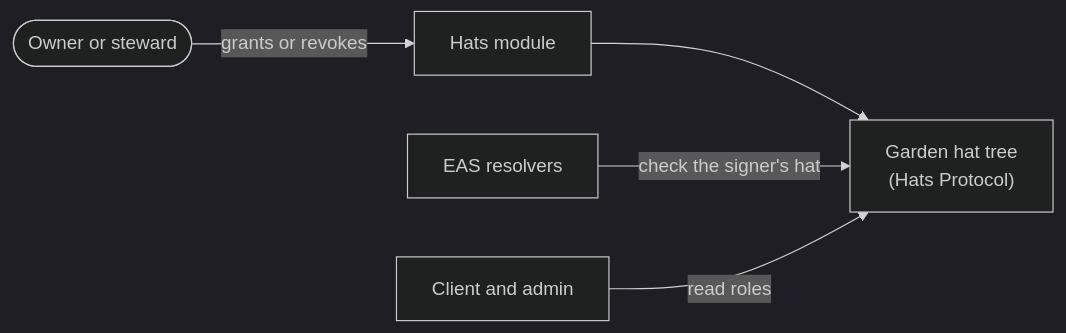
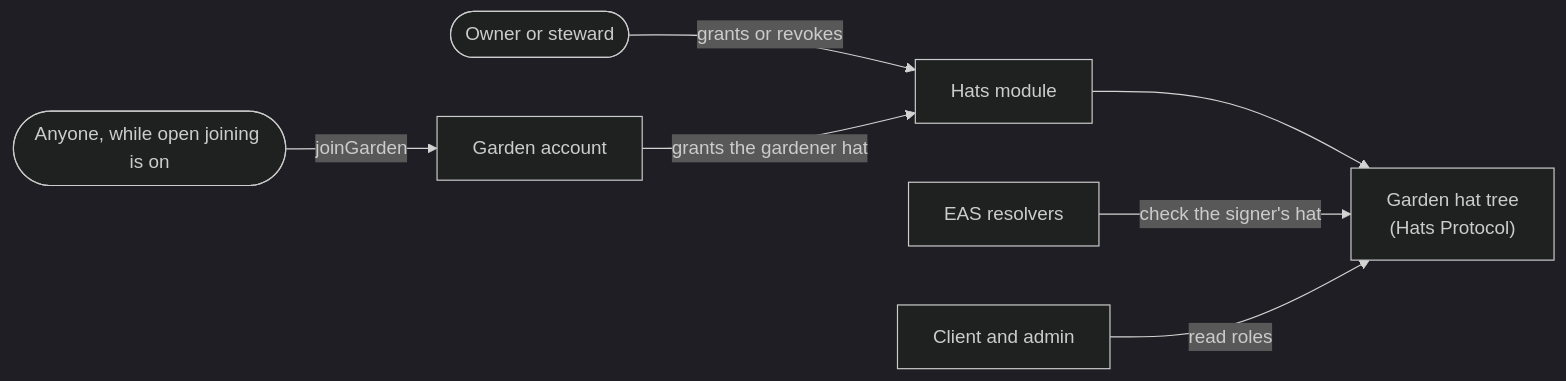
The diagram in docs/docs/builders/integrations/hats.mdx (greenpill-dev-guild/green-goods), drawn with Mermaid (dark theme) before and after one commit. The commit also changed other lines of this file and 21 other files, not shown here.

First line of the commit message:
docs(builders): pair ENS across its two chains, show open joining, and stop promising intact principal

````diff
--- a/docs/docs/builders/integrations/hats.mdx
+++ b/docs/docs/builders/integrations/hats.mdx
@@ -36,7 +40,9 @@
 ```mermaid
 flowchart LR
   steward([Owner or steward]) -->|grants or revokes| module["Hats module"]
+  joiner([Anyone, while open joining is on]) -->|joinGarden| account["Garden account"]
+  account -->|grants the gardener hat| module
   module --> tree["Garden hat tree<br/>(Hats Protocol)"]
   resolvers["EAS resolvers"] -->|check the signer's hat| tree
   apps["Client and admin"] -->|read roles| tree
 ```
````
